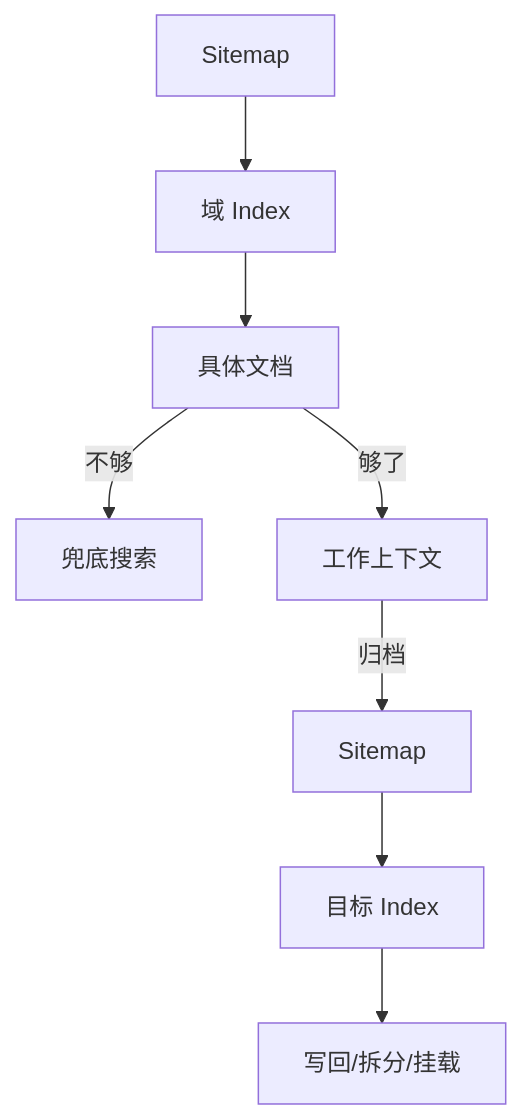
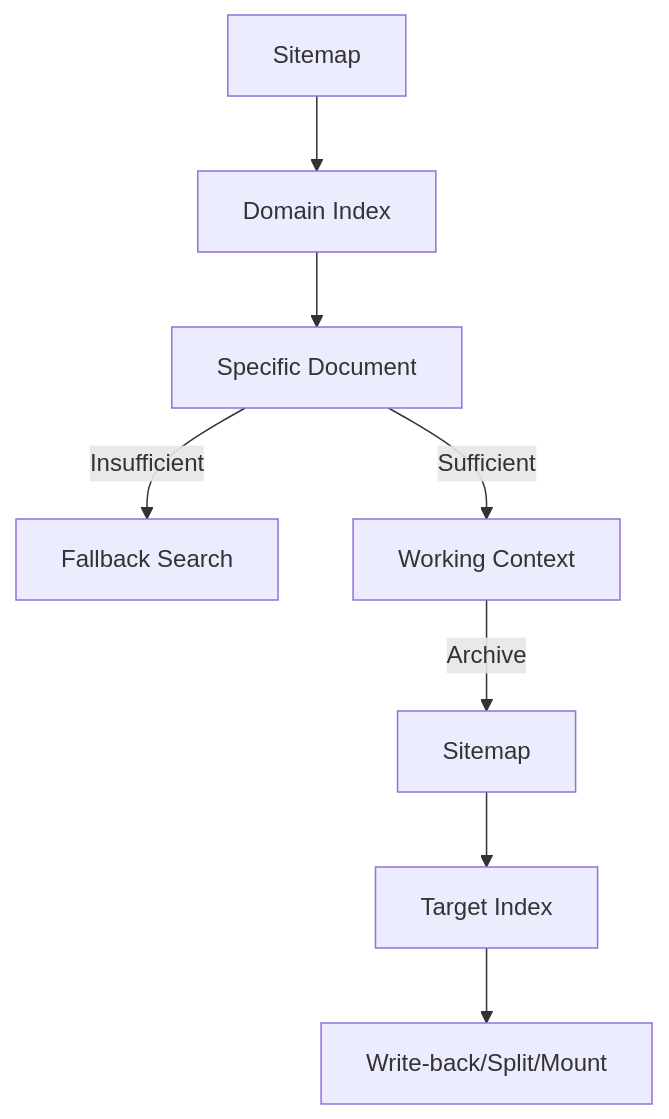
One commit to listener-He/java-harness-agent changed the third of 5 diagrams in ENGINEERING_MANUAL.md. Above: the diagram before and after it, drawn with Mermaid. The commit also changed other lines of this file and 2 other files, not shown here.

````diff
--- a/ENGINEERING_MANUAL.md
+++ b/ENGINEERING_MANUAL.md
@@ -272,10 +298,10 @@
 ```mermaid
 flowchart TB
-  S[Sitemap] --> I1[域 Index]
-  I1 --> Doc[具体文档]
-  Doc -->|不够| Search[兜底搜索]
-  Doc -->|够了| Work[工作上下文]
-  Work -->|归档| BackS[Sitemap]
-  BackS --> BackI[目标 Index]
-  BackI --> Update[写回/拆分/挂载]
+  S[Sitemap] --> I1[Domain Index]
+  I1 --> Doc[Specific Document]
+  Doc -->|Insufficient| Search[Fallback Search]
+  Doc -->|Sufficient| Work[Working Context]
+  Work -->|Archive| BackS[Sitemap]
+  BackS --> BackI[Target Index]
+  BackI --> Update[Write-back/Split/Mount]
 ```
````
